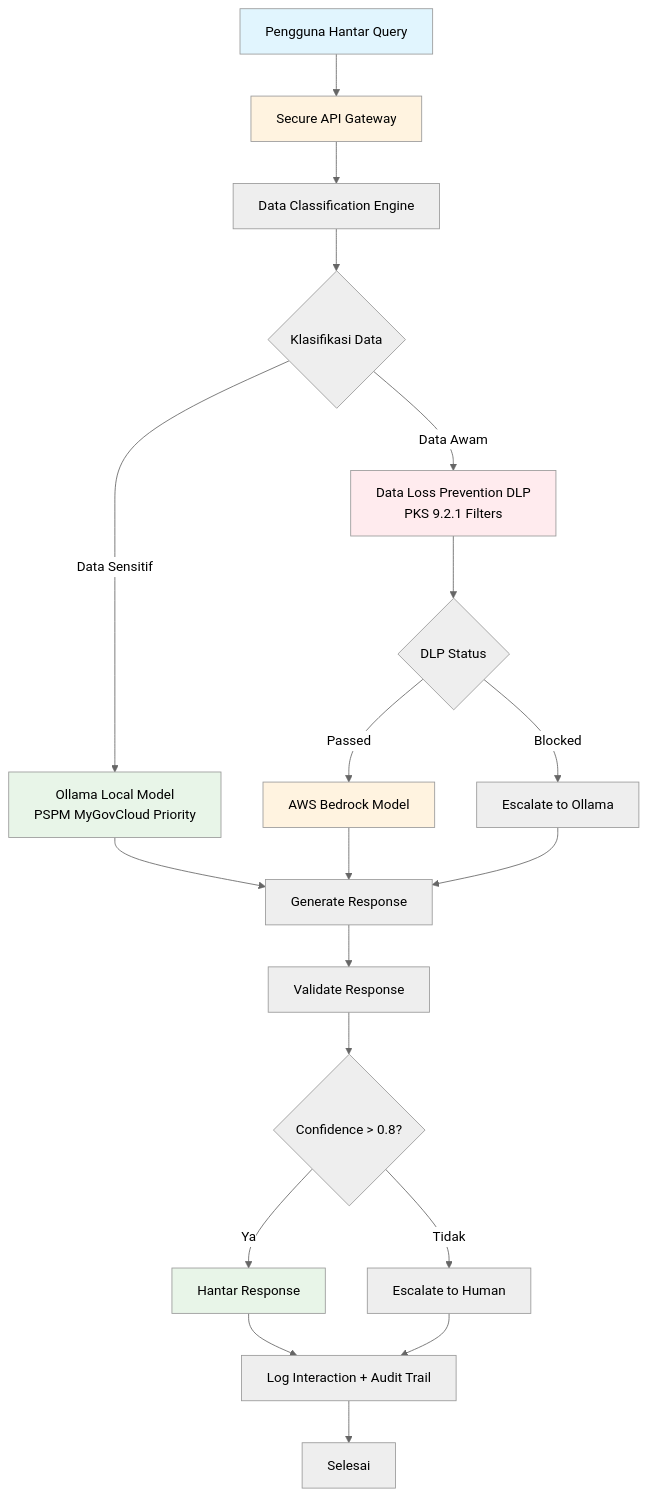
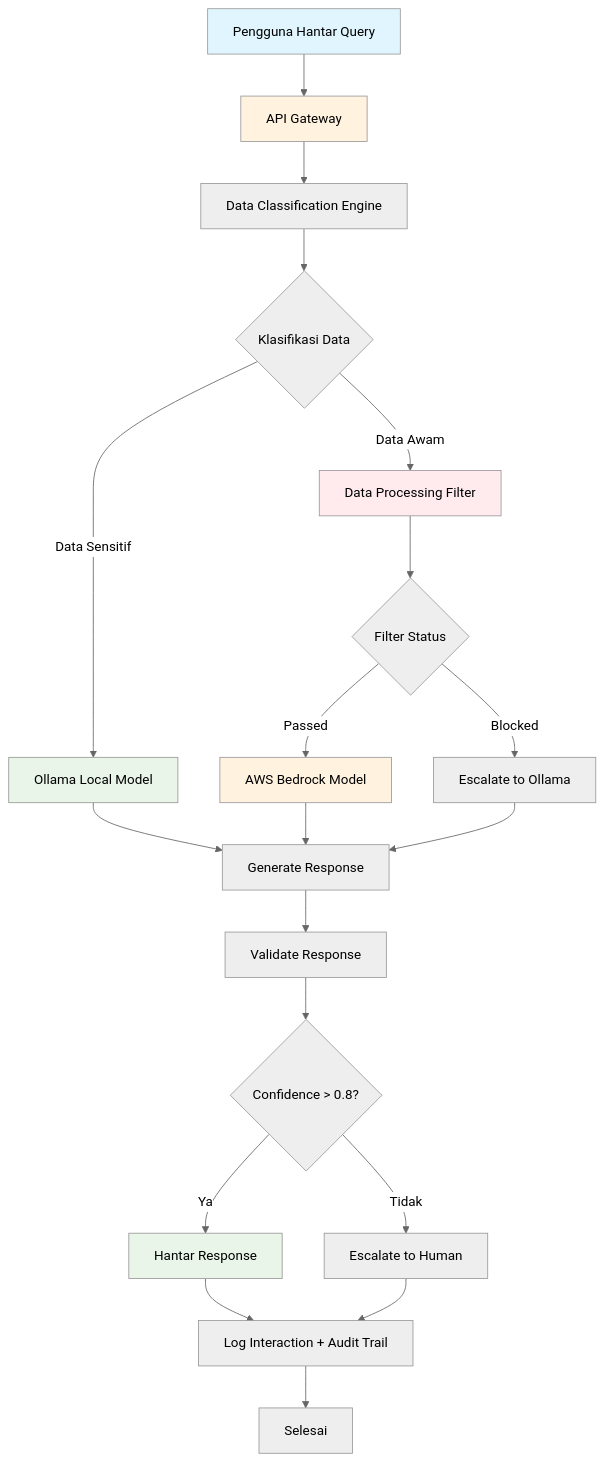
The third of 5 diagrams in docs/KRISA/D08_KRISA_ICTSERVE_SPESIFIKASI_INTEGRASI_DATA.md (IzzatFirdaus/ictserve-031125), drawn with Mermaid (neutral theme) before and after one commit. The commit also changed other lines of this file and 1 other file, not shown here.

````diff
--- a/docs/KRISA/D08_KRISA_ICTSERVE_SPESIFIKASI_INTEGRASI_DATA.md
+++ b/docs/KRISA/D08_KRISA_ICTSERVE_SPESIFIKASI_INTEGRASI_DATA.md
@@ -338,28 +317,28 @@
 ```mermaid
 graph TD
-    A[Pengguna Hantar Query] --> B[Secure API Gateway]
+    A[Pengguna Hantar Query] --> B[API Gateway]
     B --> C[Data Classification Engine]
     C --> D{Klasifikasi Data}
-    D -->|Data Sensitif| E[Ollama Local Model<br/>PSPM MyGovCloud Priority]
-    D -->|Data Awam| F[Data Loss Prevention DLP<br/>PKS 9.2.1 Filters]
-    F --> G{DLP Status}
+    D -->|Data Sensitif| E[Ollama Local Model]
+    D -->|Data Awam| F[Data Processing Filter]
+    F --> G{Filter Status}
     G -->|Passed| H[AWS Bedrock Model]
     G -->|Blocked| I[Escalate to Ollama]
     E --> J[Generate Response]
     H --> J
     I --> J
     J --> K[Validate Response]
     K --> L{Confidence > 0.8?}
     L -->|Ya| M[Hantar Response]
     L -->|Tidak| N[Escalate to Human]
     M --> O[Log Interaction + Audit Trail]
     N --> O
     O --> P[Selesai]
     
     style A fill:#e1f5fe
     style B fill:#fff3e0
     style E fill:#e8f5e8
     style F fill:#ffebee
     style H fill:#fff3e0
     style M fill:#e8f5e8
 ```
````
